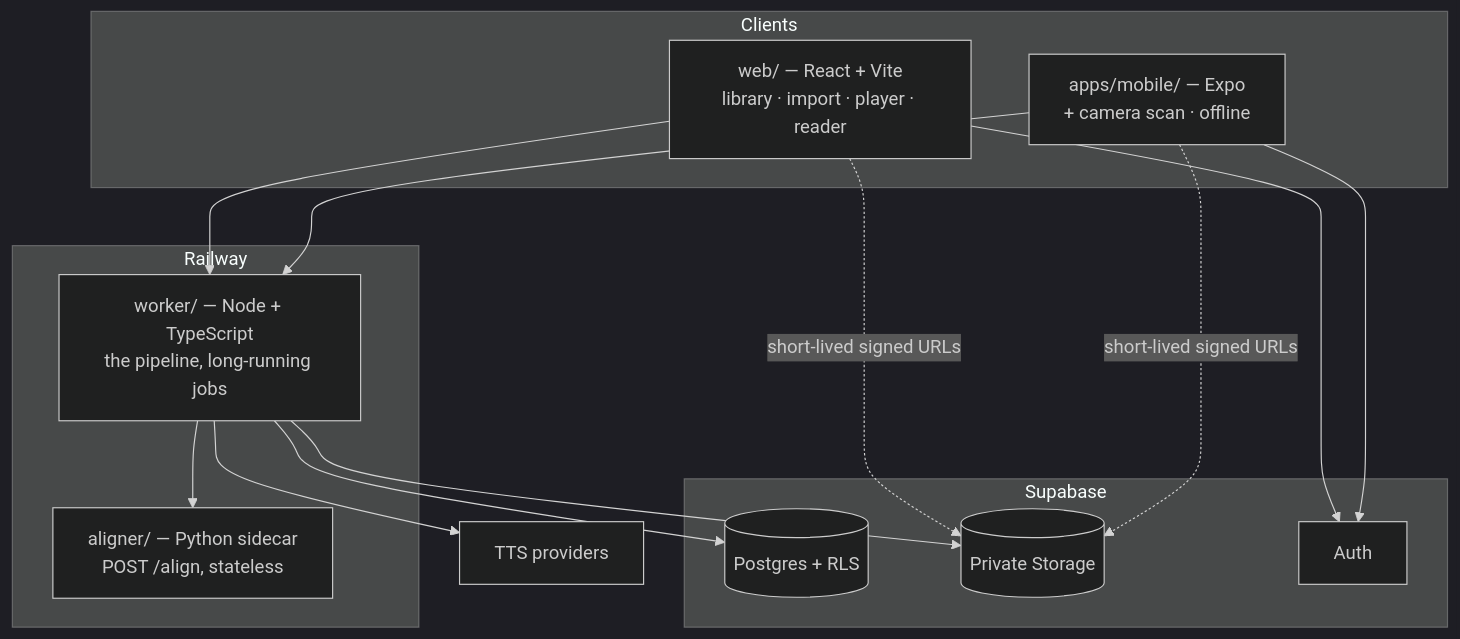
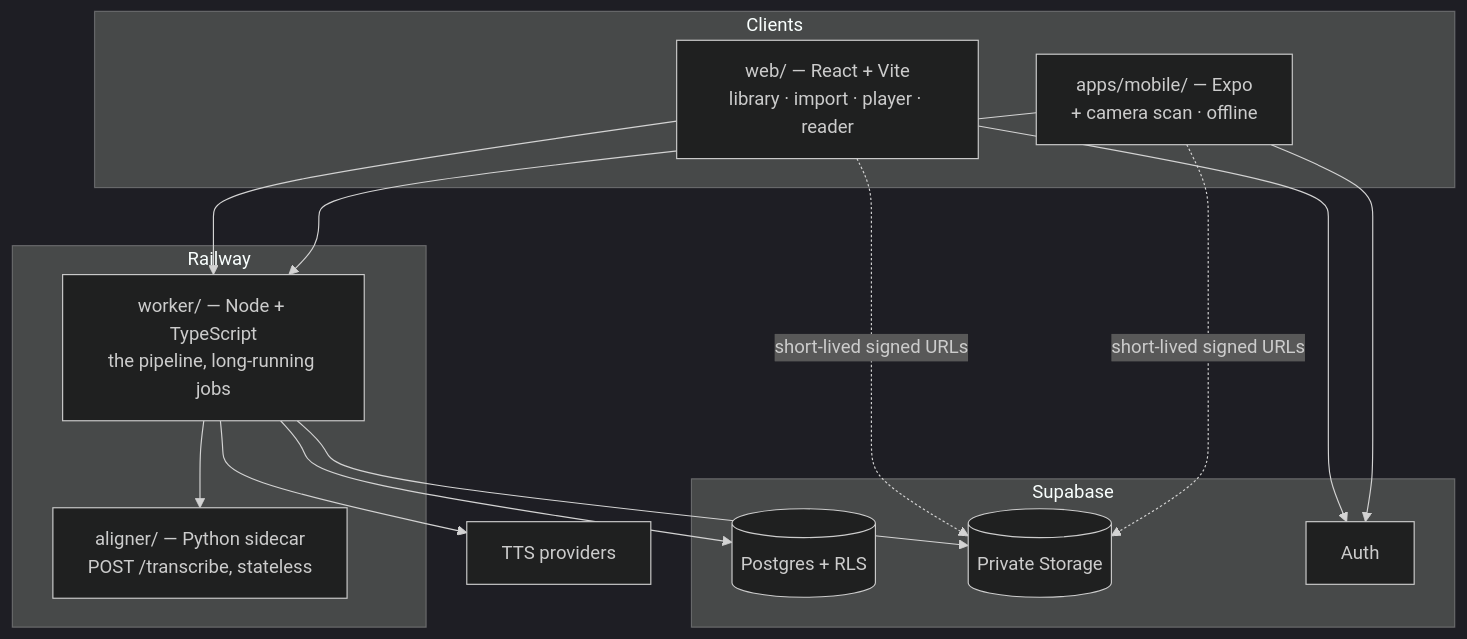
Before and after one commit to kameleyon/audiomaxv2: the second of 2 diagrams in README.md, drawn with Mermaid (dark theme). The commit also changed other lines of this file and 29 other files, not shown here.

````diff
--- a/README.md
+++ b/README.md
@@ -169,31 +171,31 @@
 ```mermaid
 flowchart TB
   subgraph clients["Clients"]
     W["web/ — React + Vite<br/>library · import · player · reader"]
     M["apps/mobile/ — Expo<br/>+ camera scan · offline"]
   end
 
   subgraph rail["Railway"]
     K["worker/ — Node + TypeScript<br/>the pipeline, long-running jobs"]
-    P["aligner/ — Python sidecar<br/>POST /align, stateless"]
+    P["aligner/ — Python sidecar<br/>POST /transcribe, stateless"]
   end
 
   subgraph sb["Supabase"]
     D[("Postgres + RLS")]
     ST[("Private Storage")]
     AU["Auth"]
   end
 
   T["TTS providers"]
 
   W --> AU
   M --> AU
   W --> K
   M --> K
   K --> P
   K --> D
   K --> ST
   K --> T
   W -. "short-lived signed URLs" .-> ST
   M -. "short-lived signed URLs" .-> ST
 ```
````
